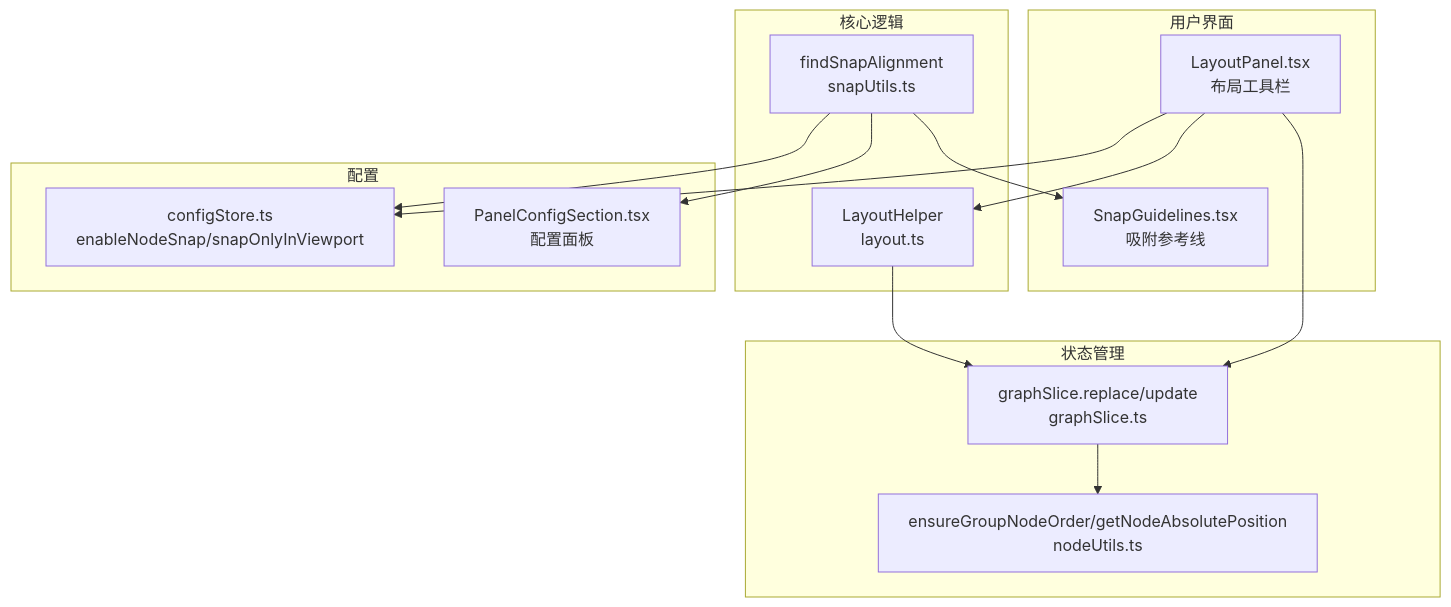
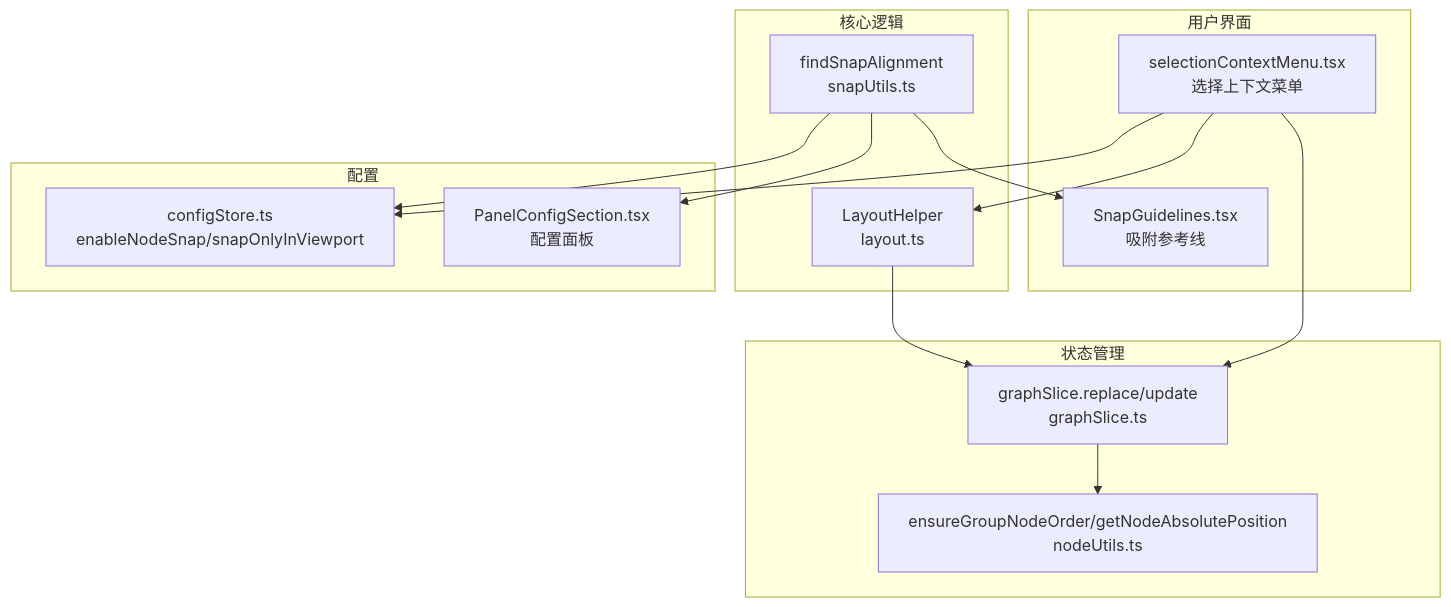
The first of 7 diagrams in .qoder/repowiki/zh/content/工作流编辑器/布局算法.md (kqcoxn/MaaPipelineEditor), drawn with Mermaid before and after one commit. The commit also changed other lines of this file and 22 other files, not shown here.

````diff
--- a/.qoder/repowiki/zh/content/工作流编辑器/布局算法.md
+++ b/.qoder/repowiki/zh/content/工作流编辑器/布局算法.md
@@ -45,27 +51,27 @@
 ```mermaid
 graph TB
 subgraph "用户界面"
-LP["LayoutPanel.tsx<br/>布局工具栏"]
+SCM["selectionContextMenu.tsx<br/>选择上下文菜单"]
 SG["SnapGuidelines.tsx<br/>吸附参考线"]
 end
 subgraph "核心逻辑"
 LH["LayoutHelper<br/>layout.ts"]
 SU["findSnapAlignment<br/>snapUtils.ts"]
 end
 subgraph "状态管理"
 GS["graphSlice.replace/update<br/>graphSlice.ts"]
 NU["ensureGroupNodeOrder/getNodeAbsolutePosition<br/>nodeUtils.ts"]
 end
 subgraph "配置"
 CS["configStore.ts<br/>enableNodeSnap/snapOnlyInViewport"]
 PCS["PanelConfigSection.tsx<br/>配置面板"]
 end
-LP --> LH
-LP --> GS
-LP --> CS
+SCM --> LH
+SCM --> GS
+SCM --> CS
 LH --> GS
 SU --> SG
 SU --> CS
 SU --> PCS
 GS --> NU
 ```
````
